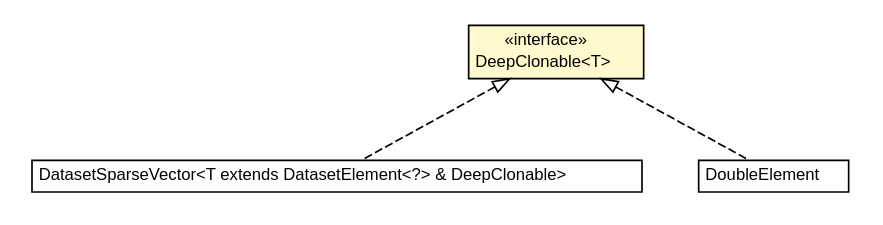
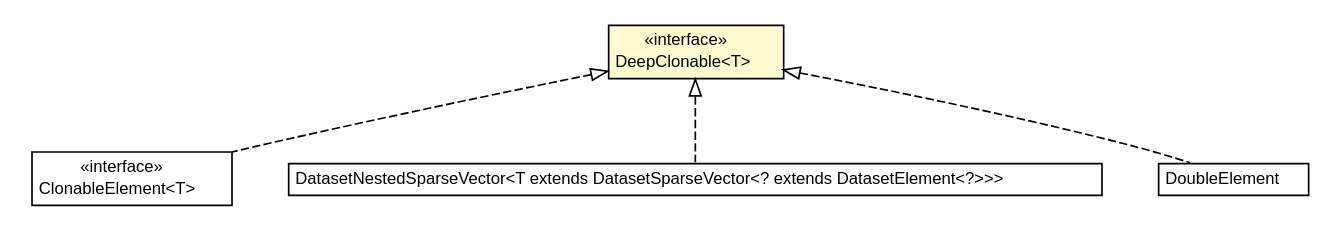
One commit to UnicaLabs-CS/Foresee changed the diagram in docs/it/unica/foresee/datasets/interfaces/DeepClonable.dot. Above: the diagram before and after it, drawn with Graphviz. The commit also changed 179 other files, not shown here.

```diff
--- a/docs/it/unica/foresee/datasets/interfaces/DeepClonable.dot
+++ b/docs/it/unica/foresee/datasets/interfaces/DeepClonable.dot
@@ -1,35 +1,44 @@
 #!/usr/local/bin/dot
 #
 # Class diagram 
 # Generated by UMLGraph version 5.2 (http://www.umlgraph.org/)
 #
 
 digraph G {
 	edge [fontname="Helvetica",fontsize=10,labelfontname="Helvetica",labelfontsize=10];
 	node [fontname="Helvetica",fontsize=10,shape=plaintext];
 	nodesep=0.25;
 	ranksep=0.5;
 	// it.unica.foresee.datasets.interfaces.DeepClonable<T>
-	c916 [label=<<table title="it.unica.foresee.datasets.interfaces.DeepClonable" border="0" cellborder="1" cellspacing="0" cellpadding="2" port="p" bgcolor="lemonChiffon" href="./DeepClonable.html">
+	c1136 [label=<<table title="it.unica.foresee.datasets.interfaces.DeepClonable" border="0" cellborder="1" cellspacing="0" cellpadding="2" port="p" bgcolor="lemonChiffon" href="./DeepClonable.html">
 		<tr><td><table border="0" cellspacing="0" cellpadding="1">
 <tr><td align="center" balign="center"> &#171;interface&#187; </td></tr>
 <tr><td align="center" balign="center"> DeepClonable&lt;T&gt; </td></tr>
 		</table></td></tr>
 		</table>>, fontname="Helvetica", fontcolor="black", fontsize=10.0];
-	// it.unica.foresee.datasets.DatasetSparseVector<T extends it.unica.foresee.datasets.interfaces.DatasetElement<?> & it.unica.foresee.datasets.interfaces.DeepClonable>
-	c929 [label=<<table title="it.unica.foresee.datasets.DatasetSparseVector" border="0" cellborder="1" cellspacing="0" cellpadding="2" port="p" href="../DatasetSparseVector.html">
+	// it.unica.foresee.datasets.interfaces.ClonableElement<T>
+	c1146 [label=<<table title="it.unica.foresee.datasets.interfaces.ClonableElement" border="0" cellborder="1" cellspacing="0" cellpadding="2" port="p" href="./ClonableElement.html">
 		<tr><td><table border="0" cellspacing="0" cellpadding="1">
-<tr><td align="center" balign="center"> DatasetSparseVector&lt;T extends DatasetElement&lt;?&gt; &amp; DeepClonable&gt; </td></tr>
+<tr><td align="center" balign="center"> &#171;interface&#187; </td></tr>
+<tr><td align="center" balign="center"> ClonableElement&lt;T&gt; </td></tr>
+		</table></td></tr>
+		</table>>, fontname="Helvetica", fontcolor="black", fontsize=10.0];
+	// it.unica.foresee.datasets.DatasetNestedSparseVector<T extends it.unica.foresee.datasets.DatasetSparseVector<? extends it.unica.foresee.datasets.interfaces.DatasetElement<?>>>
+	c1150 [label=<<table title="it.unica.foresee.datasets.DatasetNestedSparseVector" border="0" cellborder="1" cellspacing="0" cellpadding="2" port="p" href="../DatasetNestedSparseVector.html">
+		<tr><td><table border="0" cellspacing="0" cellpadding="1">
+<tr><td align="center" balign="center"> DatasetNestedSparseVector&lt;T extends DatasetSparseVector&lt;? extends DatasetElement&lt;?&gt;&gt;&gt; </td></tr>
 		</table></td></tr>
 		</table>>, fontname="Helvetica", fontcolor="black", fontsize=10.0];
 	// it.unica.foresee.datasets.DoubleElement
-	c936 [label=<<table title="it.unica.foresee.datasets.DoubleElement" border="0" cellborder="1" cellspacing="0" cellpadding="2" port="p" href="../DoubleElement.html">
+	c1158 [label=<<table title="it.unica.foresee.datasets.DoubleElement" border="0" cellborder="1" cellspacing="0" cellpadding="2" port="p" href="../DoubleElement.html">
 		<tr><td><table border="0" cellspacing="0" cellpadding="1">
 <tr><td align="center" balign="center"> DoubleElement </td></tr>
 		</table></td></tr>
 		</table>>, fontname="Helvetica", fontcolor="black", fontsize=10.0];
-	//it.unica.foresee.datasets.DatasetSparseVector<T extends it.unica.foresee.datasets.interfaces.DatasetElement<?> & it.unica.foresee.datasets.interfaces.DeepClonable> implements it.unica.foresee.datasets.interfaces.DeepClonable<T>
-	c916:p -> c929:p [dir=back,arrowtail=empty,style=dashed];
+	//it.unica.foresee.datasets.interfaces.ClonableElement<T> implements it.unica.foresee.datasets.interfaces.DeepClonable<T>
+	c1136:p -> c1146:p [dir=back,arrowtail=empty,style=dashed];
+	//it.unica.foresee.datasets.DatasetNestedSparseVector<T extends it.unica.foresee.datasets.DatasetSparseVector<? extends it.unica.foresee.datasets.interfaces.DatasetElement<?>>> implements it.unica.foresee.datasets.interfaces.DeepClonable<T>
+	c1136:p -> c1150:p [dir=back,arrowtail=empty,style=dashed];
 	//it.unica.foresee.datasets.DoubleElement implements it.unica.foresee.datasets.interfaces.DeepClonable<T>
-	c916:p -> c936:p [dir=back,arrowtail=empty,style=dashed];
+	c1136:p -> c1158:p [dir=back,arrowtail=empty,style=dashed];
 }
```
